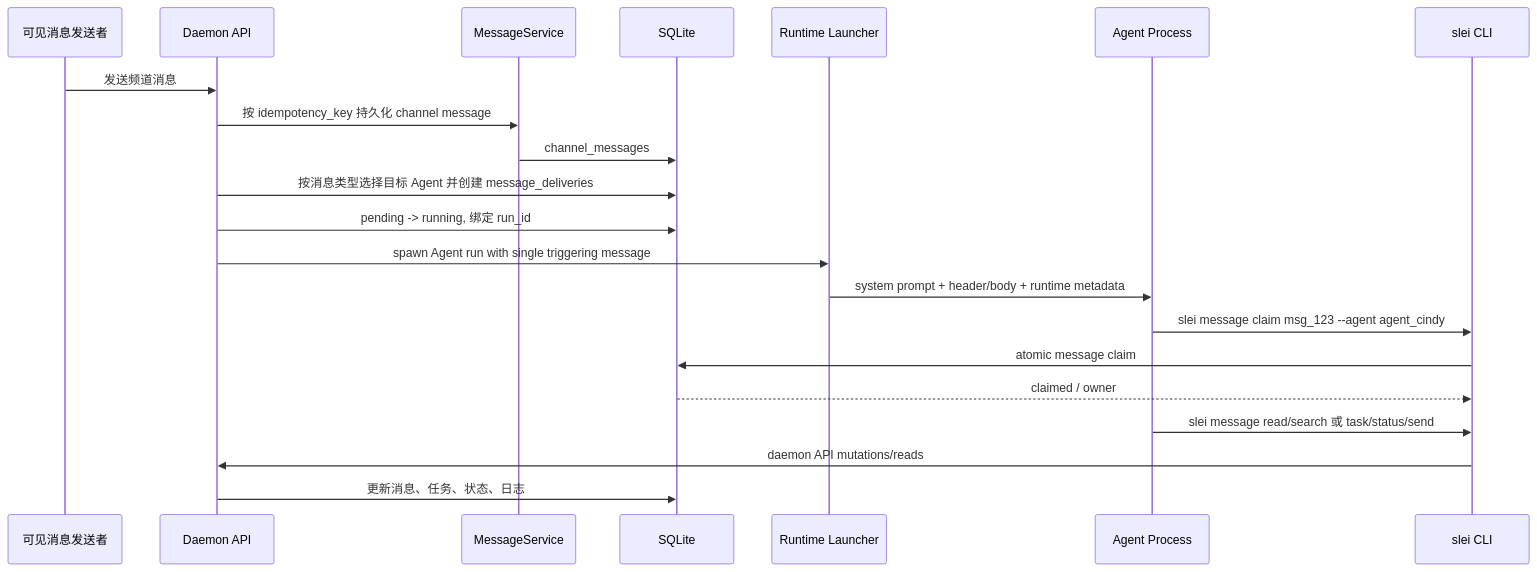
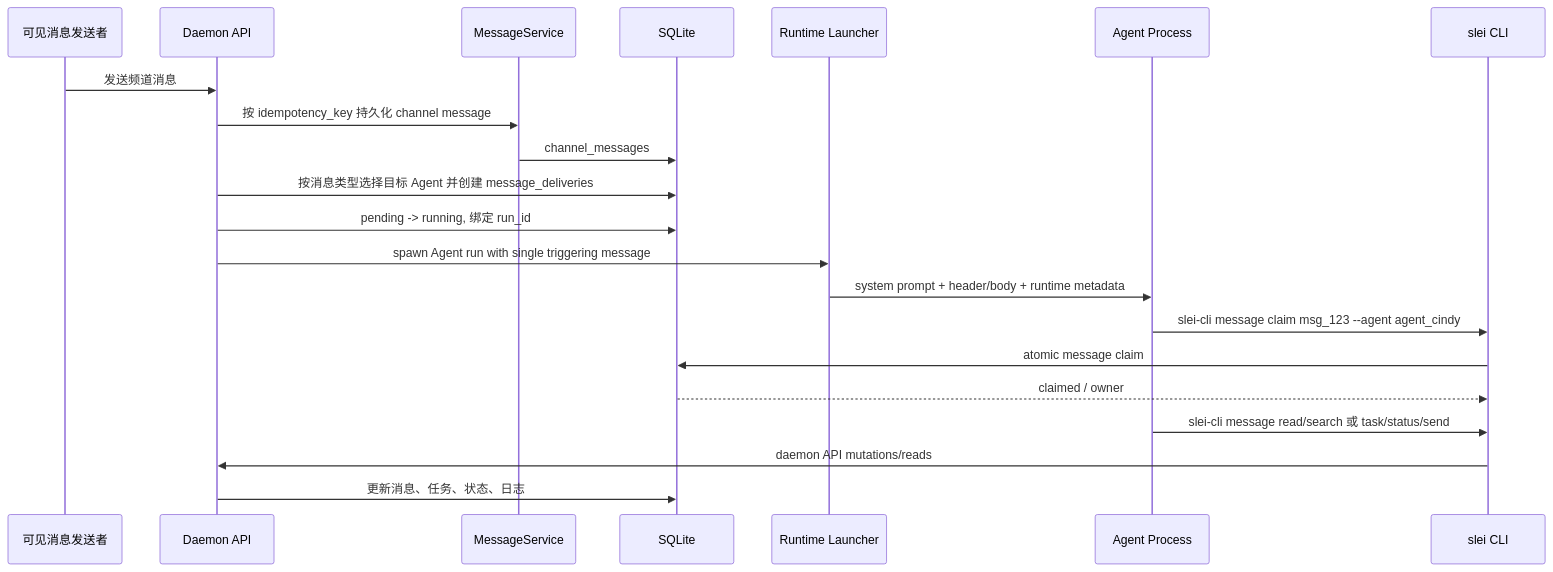
The second of 2 diagrams in docs/architecture/0005-channel-routing-and-multi-agent-flow.md (leedalei/Slei), drawn with Mermaid before and after one commit. The commit also changed other lines of this file and 24 other files, not shown here.

Commit message:
fix: rename agent cli command to slei-cli

````diff
--- a/docs/architecture/0005-channel-routing-and-multi-agent-flow.md
+++ b/docs/architecture/0005-channel-routing-and-multi-agent-flow.md
@@ -163,24 +163,24 @@
 ```mermaid
 sequenceDiagram
     participant Sender as 可见消息发送者
     participant API as Daemon API
     participant Msg as MessageService
     participant Store as SQLite
     participant Launch as Runtime Launcher
     participant Agent as Agent Process
     participant CLI as slei CLI
 
     Sender->>API: 发送频道消息
     API->>Msg: 按 idempotency_key 持久化 channel message
     Msg->>Store: channel_messages
     API->>Store: 按消息类型选择目标 Agent 并创建 message_deliveries
     API->>Store: pending -> running, 绑定 run_id
     API->>Launch: spawn Agent run with single triggering message
     Launch->>Agent: system prompt + header/body + runtime metadata
-    Agent->>CLI: slei message claim msg_123 --agent agent_cindy
+    Agent->>CLI: slei-cli message claim msg_123 --agent agent_cindy
     CLI->>Store: atomic message claim
     Store-->>CLI: claimed / owner
-    Agent->>CLI: slei message read/search 或 task/status/send
+    Agent->>CLI: slei-cli message read/search 或 task/status/send
     CLI->>API: daemon API mutations/reads
     API->>Store: 更新消息、任务、状态、日志
 ```
````
